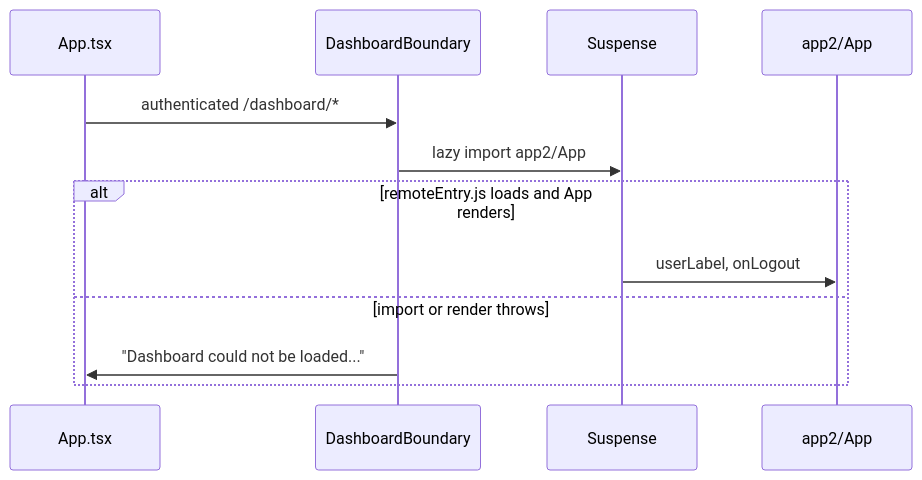
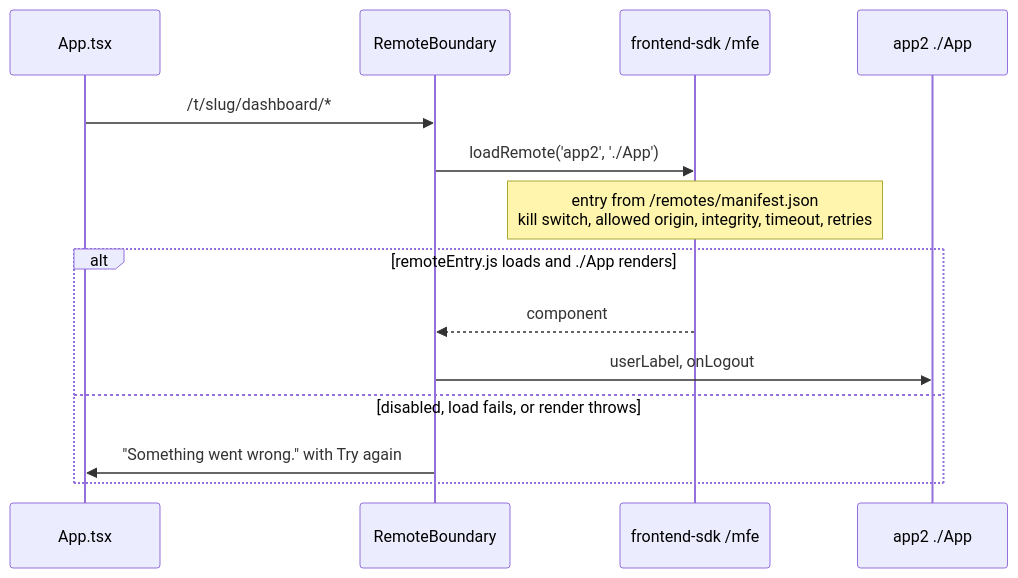
Before and after one commit to BCBP-SOLUTIONS-FZC-LLC/web-shell: the diagram in docs/architecture/mermaid/dashboard-load.mmd, drawn with Mermaid. The commit also changed 112 other files, not shown here.

```diff
--- a/docs/architecture/mermaid/dashboard-load.mmd
+++ b/docs/architecture/mermaid/dashboard-load.mmd
@@ -1,13 +1,15 @@
 sequenceDiagram
     participant App as App.tsx
-    participant Boundary as DashboardBoundary
-    participant Suspense
-    participant Remote as app2/App
+    participant Boundary as RemoteBoundary
+    participant MFE as frontend-sdk /mfe
+    participant Remote as app2 ./App
 
-    App->>Boundary: authenticated /dashboard/*
-    Boundary->>Suspense: lazy import app2/App
-    alt remoteEntry.js loads and App renders
-        Suspense->>Remote: userLabel, onLogout
-    else import or render throws
-        Boundary->>App: "Dashboard could not be loaded..."
+    App->>Boundary: /t/slug/dashboard/*
+    Boundary->>MFE: loadRemote('app2', './App')
+    Note over MFE: entry from /remotes/manifest.json<br/>kill switch, allowed origin, integrity, timeout, retries
+    alt remoteEntry.js loads and ./App renders
+        MFE-->>Boundary: component
+        Boundary->>Remote: userLabel, onLogout
+    else disabled, load fails, or render throws
+        Boundary->>App: "Something went wrong." with Try again
     end
```
